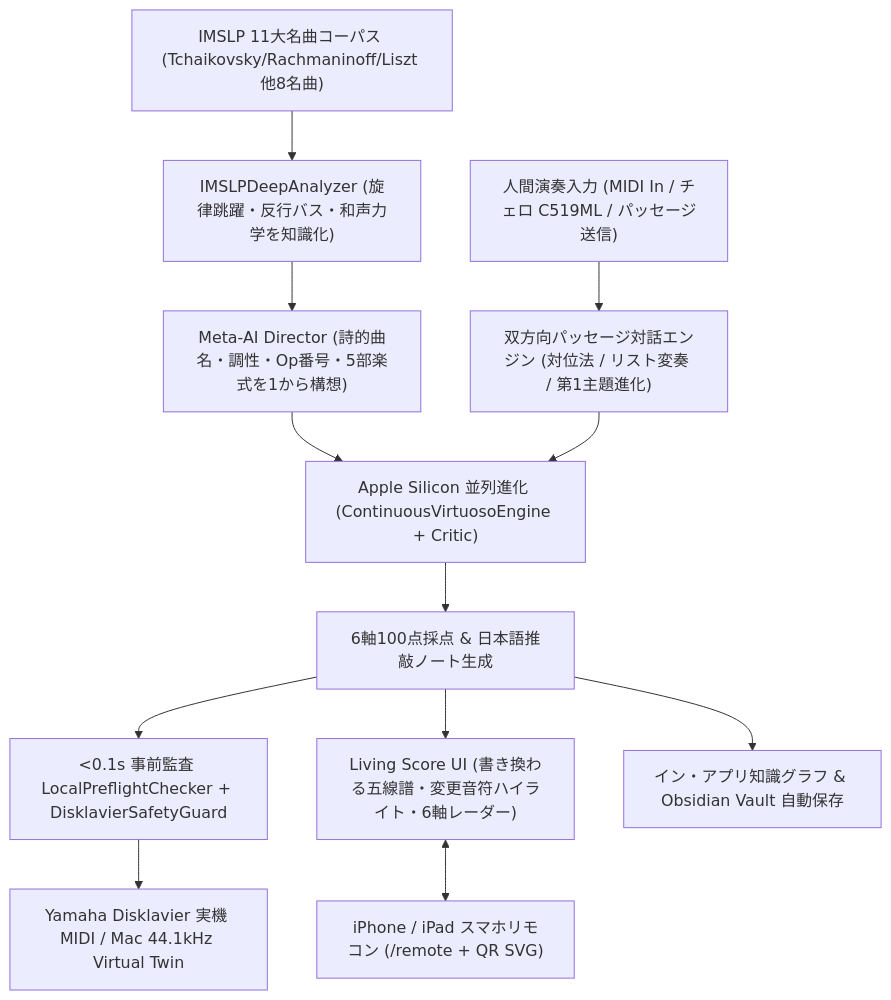
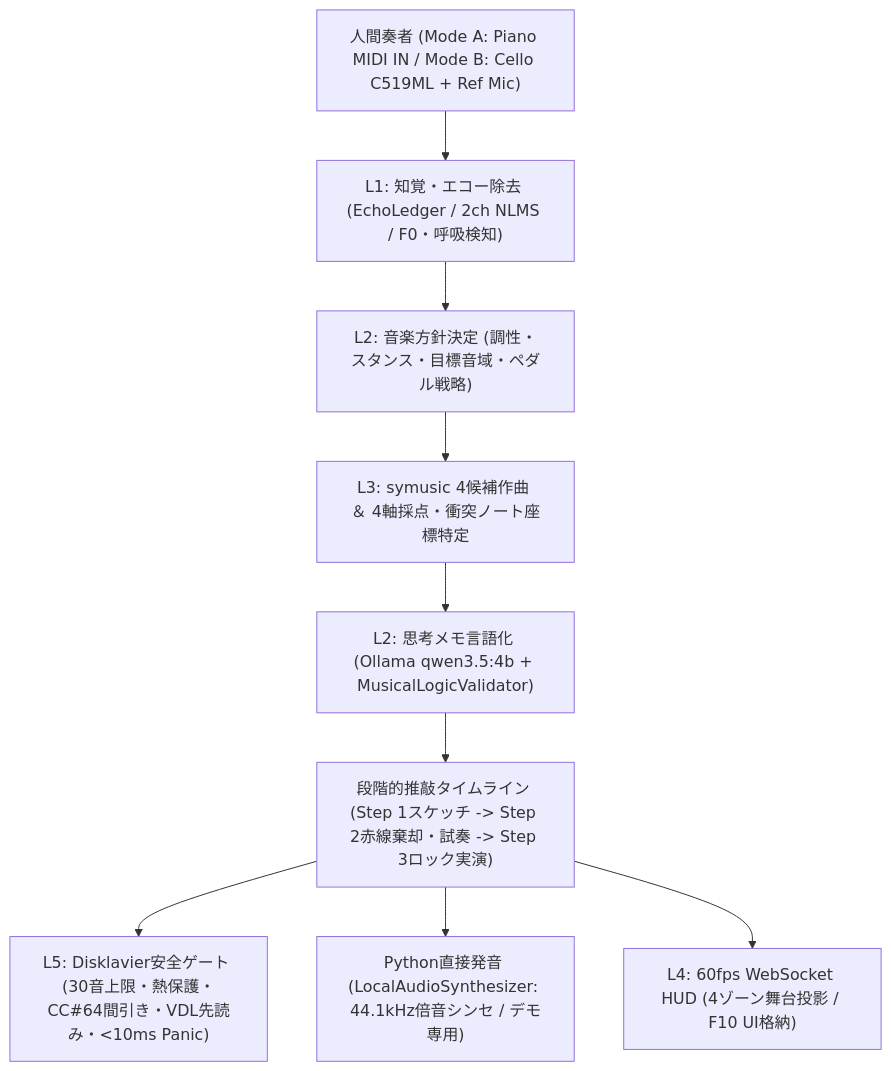
Before and after one commit to AI-Avalon/Disklavier-Auto: the first of 4 diagrams in README.md, drawn with Mermaid. The commit also changed other lines of this file and 18 other files, not shown here.

````diff
--- a/README.md
+++ b/README.md
@@ -43,14 +62,11 @@
 ```mermaid
 graph TD
-    IMSLP["IMSLP 11大名曲コーパス (Tchaikovsky/Rachmaninoff/Liszt 他8名曲)"] --> DNA["IMSLPDeepAnalyzer (旋律跳躍・反行バス・和声力学を知識化)"]
-    DNA --> Director["Meta-AI Director (詩的曲名・調性・Op番号・5部楽式を1から構想)"]
-    HumanIn["人間演奏入力 (MIDI In / チェロ C519ML / パッセージ送信)"] --> ReplyEngine["双方向パッセージ対話エンジン (対位法 / リスト変奏 / 第1主題進化)"]
-    Director --> Evo["Apple Silicon 並列進化 (ContinuousVirtuosoEngine + Critic)"]
-    ReplyEngine --> Evo
-    Evo --> Radar["6軸100点採点 & 日本語推敲ノート生成"]
-    Radar --> Guard["<0.1s 事前監査 LocalPreflightChecker + DisklavierSafetyGuard"]
-    Guard --> HW["Yamaha Disklavier 実機 MIDI / Mac 44.1kHz Virtual Twin"]
-    Radar --> ScoreUI["Living Score UI (書き換わる五線譜・変更音符ハイライト・6軸レーダー)"]
-    Radar --> Explorer["イン・アプリ知識グラフ & Obsidian Vault 自動保存"]
-    ScoreUI <--> Remote["iPhone / iPad スマホリモコン (/remote + QR SVG)"]
+    Human["人間奏者 (Mode A: Piano MIDI IN / Mode B: Cello C519ML + Ref Mic)"] --> L1["L1: 知覚・エコー除去 (EchoLedger / 2ch NLMS / F0・呼吸検知)"]
+    L1 --> L2P["L2: 音楽方針決定 (調性・スタンス・目標音域・ペダル戦略)"]
+    L2P --> L3["L3: symusic 4候補作曲 ＆ 4軸採点・衝突ノート座標特定"]
+    L3 --> L2T["L2: 思考メモ言語化 (Ollama qwen3.5:4b + MusicalLogicValidator)"]
+    L2T --> TL["段階的推敲タイムライン (Step 1スケッチ -> Step 2赤線棄却・試奏 -> Step 3ロック実演)"]
+    TL --> L5["L5: Disklavier安全ゲート (30音上限・熱保護・CC#64間引き・VDL先読み・<10ms Panic)"]
+    TL --> Synth["Python直接発音 (LocalAudioSynthesizer: 44.1kHz倍音シンセ / デモ専用)"]
+    TL --> L4["L4: 60fps WebSocket HUD (4ゾーン舞台投影 / F10 UI格納)"]
 ```
````
